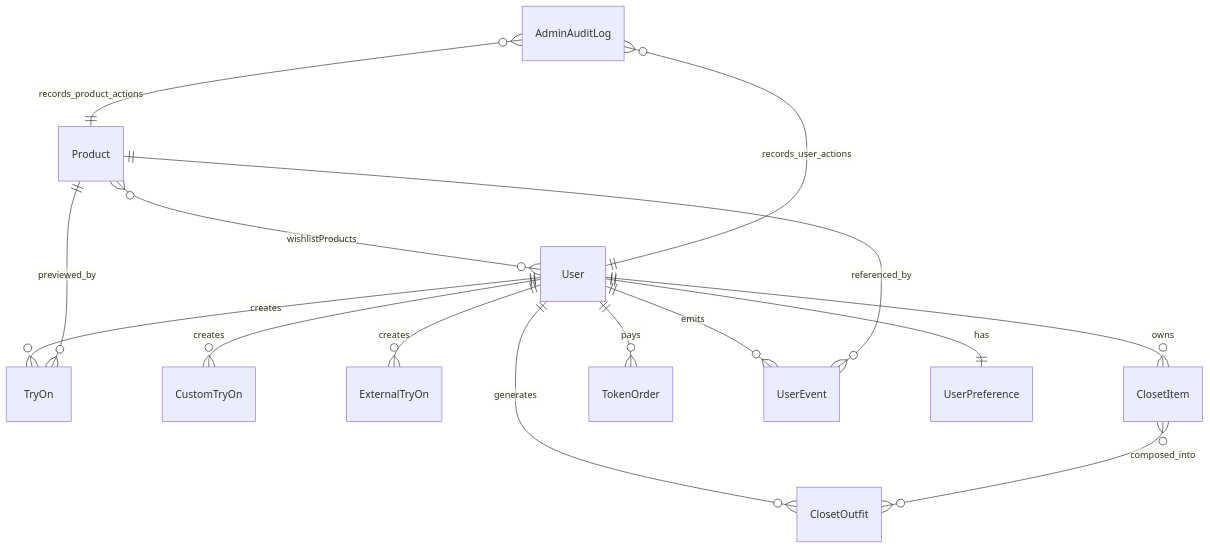
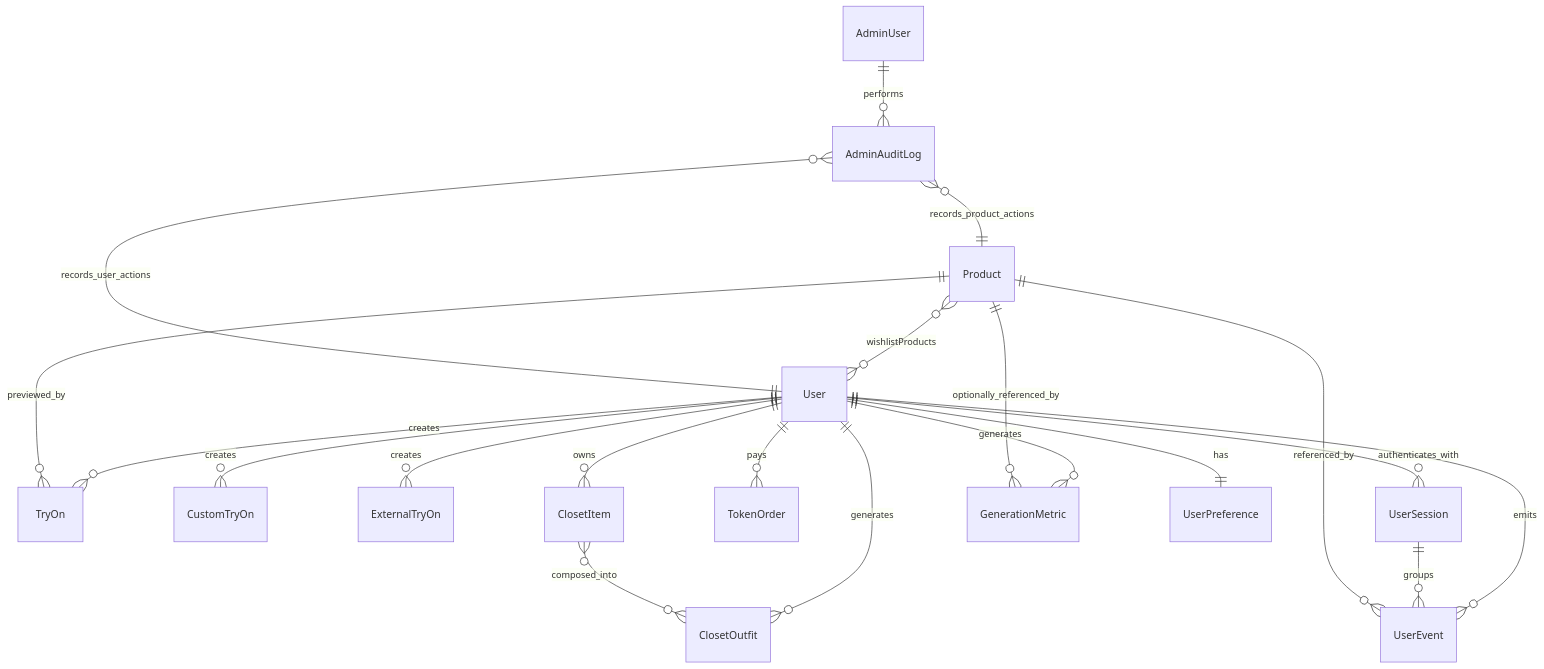
Before and after one commit to Office50505/Fitlook: the second of 11 diagrams in docs/LOOKMEFY_ARCHITECTURE_MAP.md, drawn with Mermaid. The commit also changed other lines of this file and 75 other files, not shown here.

````diff
--- a/docs/LOOKMEFY_ARCHITECTURE_MAP.md
+++ b/docs/LOOKMEFY_ARCHITECTURE_MAP.md
@@ -309,17 +326,22 @@
 ```mermaid
 erDiagram
   User ||--o{ TryOn : creates
   Product ||--o{ TryOn : previewed_by
   User ||--o{ CustomTryOn : creates
   User ||--o{ ExternalTryOn : creates
   User ||--o{ ClosetItem : owns
   User ||--o{ ClosetOutfit : generates
   ClosetItem }o--o{ ClosetOutfit : composed_into
   User ||--o{ TokenOrder : pays
   User ||--o{ UserEvent : emits
+  User ||--o{ UserSession : authenticates_with
+  UserSession ||--o{ UserEvent : groups
   Product ||--o{ UserEvent : referenced_by
+  User ||--o{ GenerationMetric : generates
+  Product ||--o{ GenerationMetric : optionally_referenced_by
   User ||--|| UserPreference : has
   Product }o--o{ User : wishlistProducts
+  AdminUser ||--o{ AdminAuditLog : performs
   AdminAuditLog }o--|| Product : records_product_actions
   AdminAuditLog }o--|| User : records_user_actions
 ```
````
